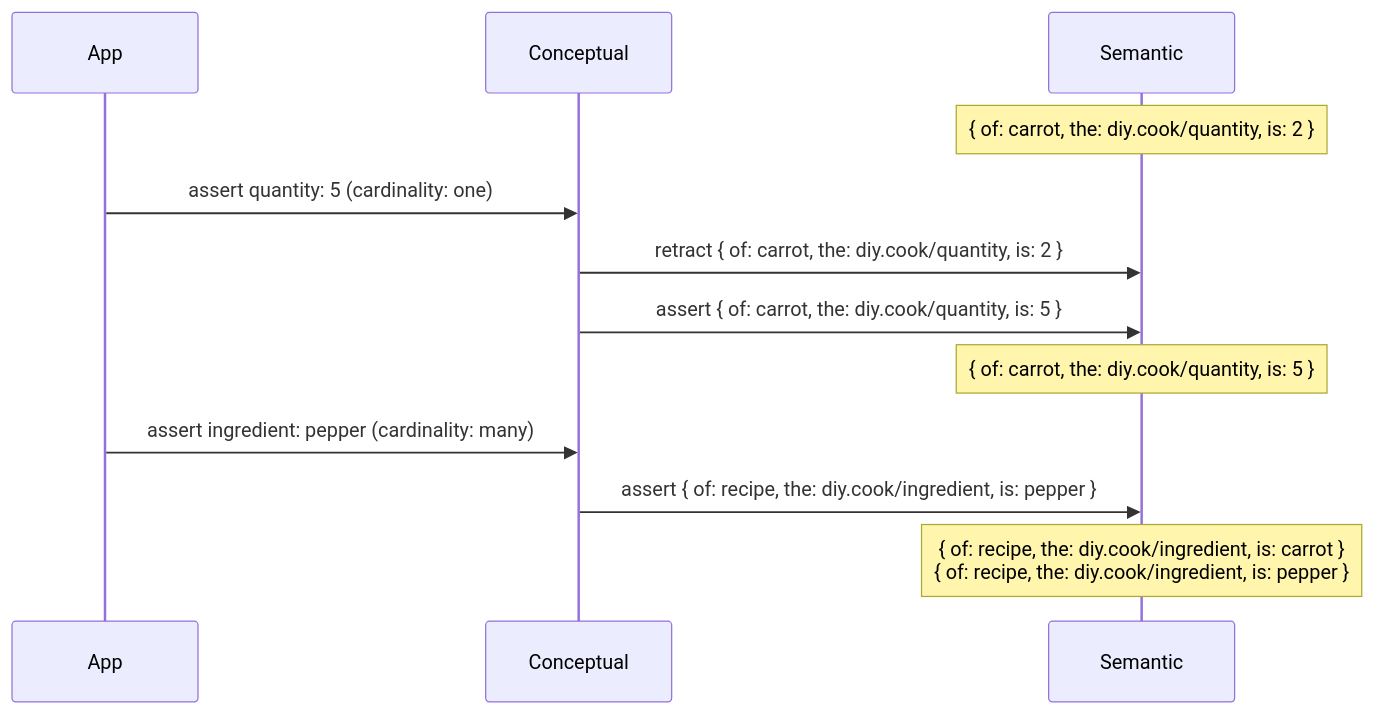
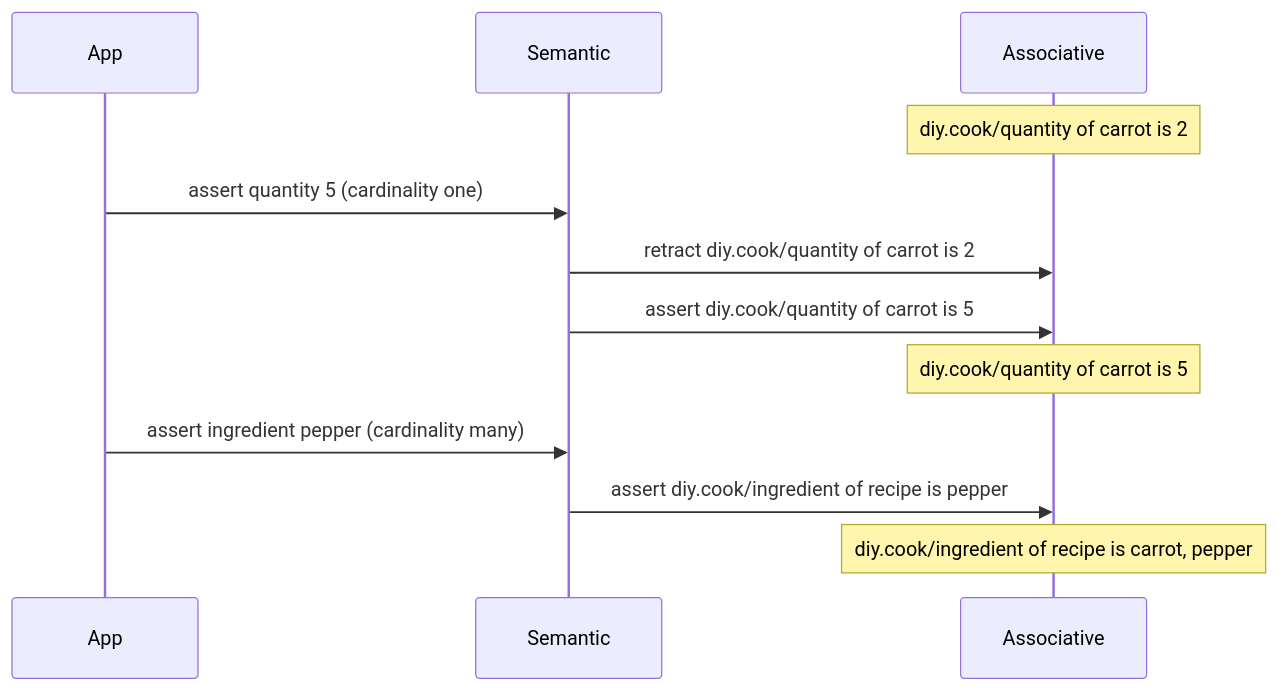
The second of 5 diagrams in dialog/domain-model.md (Gozala/gozala.github.com), drawn with Mermaid before and after one commit. The commit also changed other lines of this file and 3 other files, not shown here.

````diff
--- a/dialog/domain-model.md
+++ b/dialog/domain-model.md
@@ -108,17 +108,17 @@
   ```mermaid
   sequenceDiagram
       participant App
-      participant Conceptual
       participant Semantic
-  
-      Note over Semantic: { of: carrot, the: diy.cook/quantity, is: 2 }
-  
-      App->>Conceptual: assert quantity: 5 (cardinality: one)
-      Conceptual->>Semantic: retract { of: carrot, the: diy.cook/quantity, is: 2 }
-      Conceptual->>Semantic: assert { of: carrot, the: diy.cook/quantity, is: 5 }
-      Note over Semantic: { of: carrot, the: diy.cook/quantity, is: 5 }
-  
-      App->>Conceptual: assert ingredient: pepper (cardinality: many)
-      Conceptual->>Semantic: assert { of: recipe, the: diy.cook/ingredient, is: pepper }
-      Note over Semantic: { of: recipe, the: diy.cook/ingredient, is: carrot }<br/>{ of: recipe, the: diy.cook/ingredient, is: pepper }
+      participant Associative
+
+      Note over Associative: diy.cook/quantity of carrot is 2
+
+      App->>Semantic: assert quantity 5 (cardinality one)
+      Semantic->>Associative: retract diy.cook/quantity of carrot is 2
+      Semantic->>Associative: assert diy.cook/quantity of carrot is 5
+      Note over Associative: diy.cook/quantity of carrot is 5
+
+      App->>Semantic: assert ingredient pepper (cardinality many)
+      Semantic->>Associative: assert diy.cook/ingredient of recipe is pepper
+      Note over Associative: diy.cook/ingredient of recipe is carrot, pepper
   ```
````
